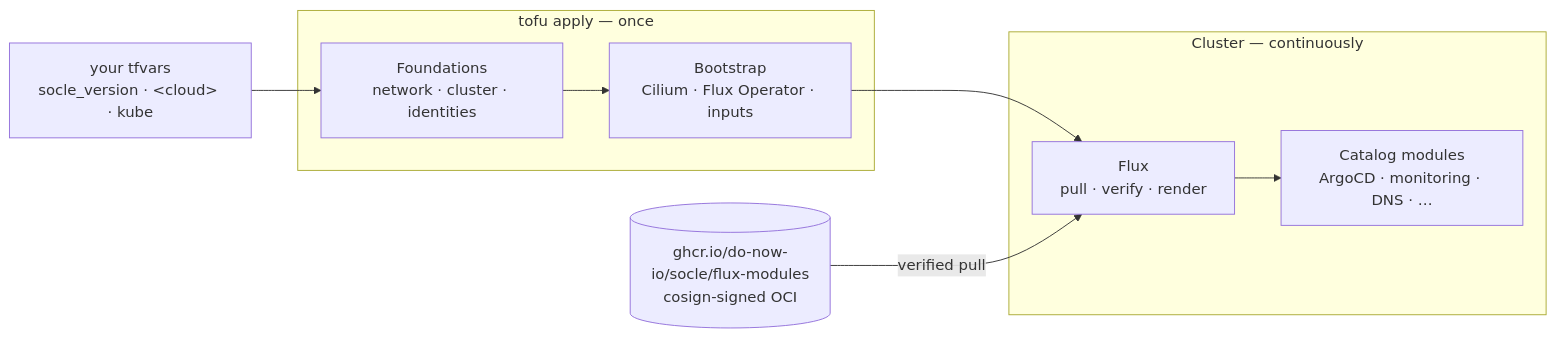
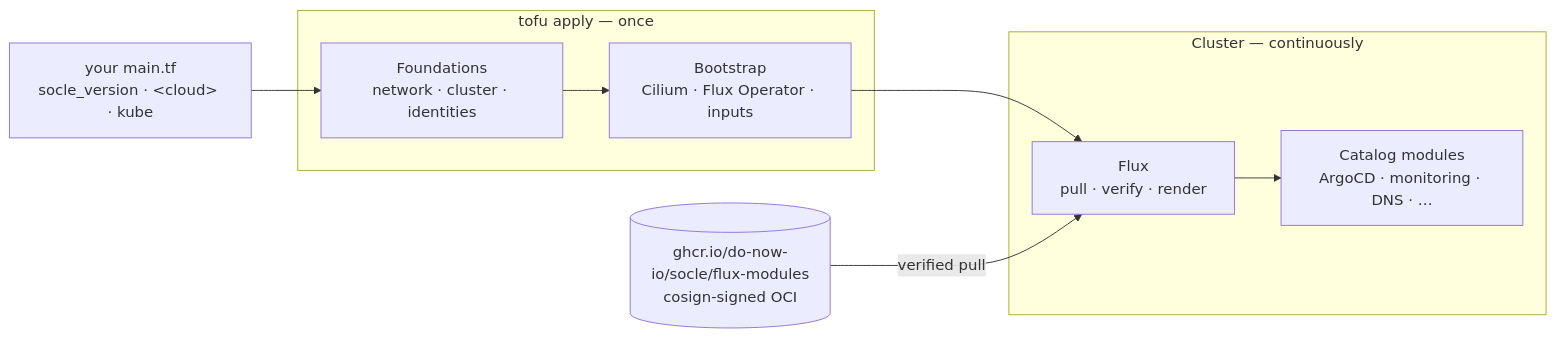
One commit to do-now-io/socle changed the diagram in README.md. Above: the diagram before and after it, drawn with Mermaid. The commit also changed other lines of this file and 38 other files, not shown here.

````diff
--- a/README.md
+++ b/README.md
@@ -48,15 +47,15 @@
 ```mermaid
 flowchart LR
-  tfvars["your tfvars<br/>socle_version · &lt;cloud&gt; · kube"]
+  tfvars["your main.tf<br/>socle_version · &lt;cloud&gt; · kube"]
   subgraph tofu ["tofu apply — once"]
     foundations["Foundations<br/>network · cluster · identities"]
     bootstrap["Bootstrap<br/>Cilium · Flux Operator · inputs"]
   end
   oci[("ghcr.io/do-now-io/socle/flux-modules<br/>cosign-signed OCI")]
   subgraph cluster ["Cluster — continuously"]
     flux["Flux<br/>pull · verify · render"]
     catalog["Catalog modules<br/>ArgoCD · monitoring · DNS · …"]
   end
   tfvars --> foundations --> bootstrap --> flux
   oci -- verified pull --> flux --> catalog
 ```
````
